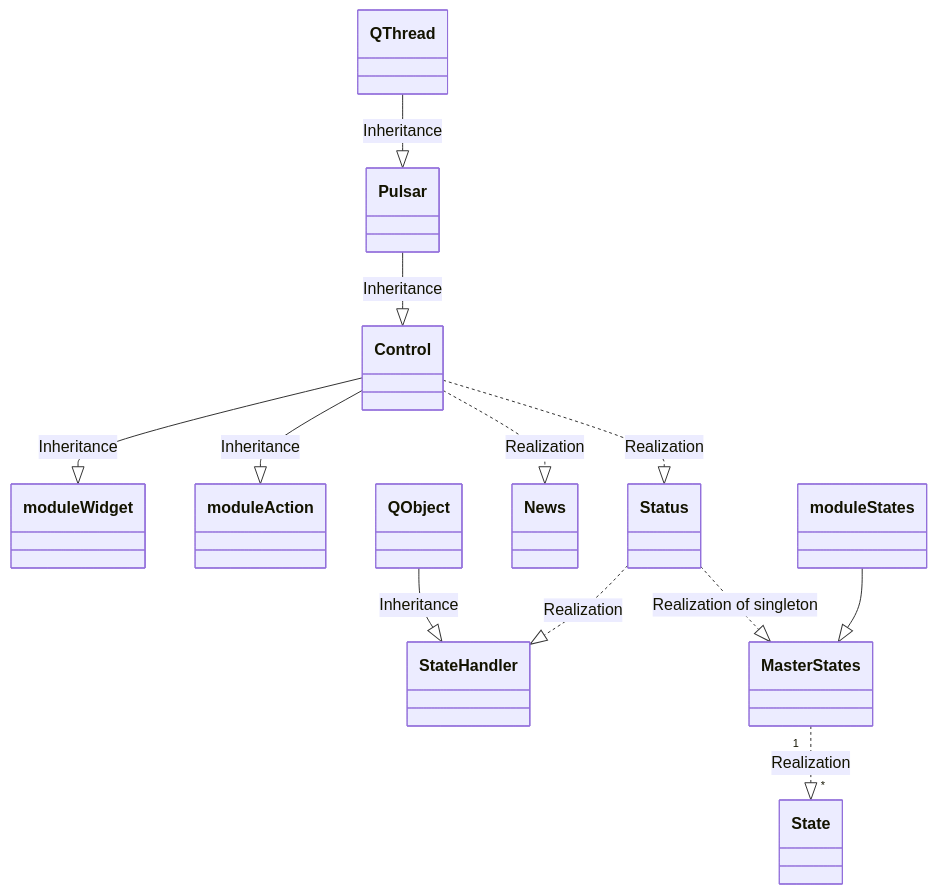
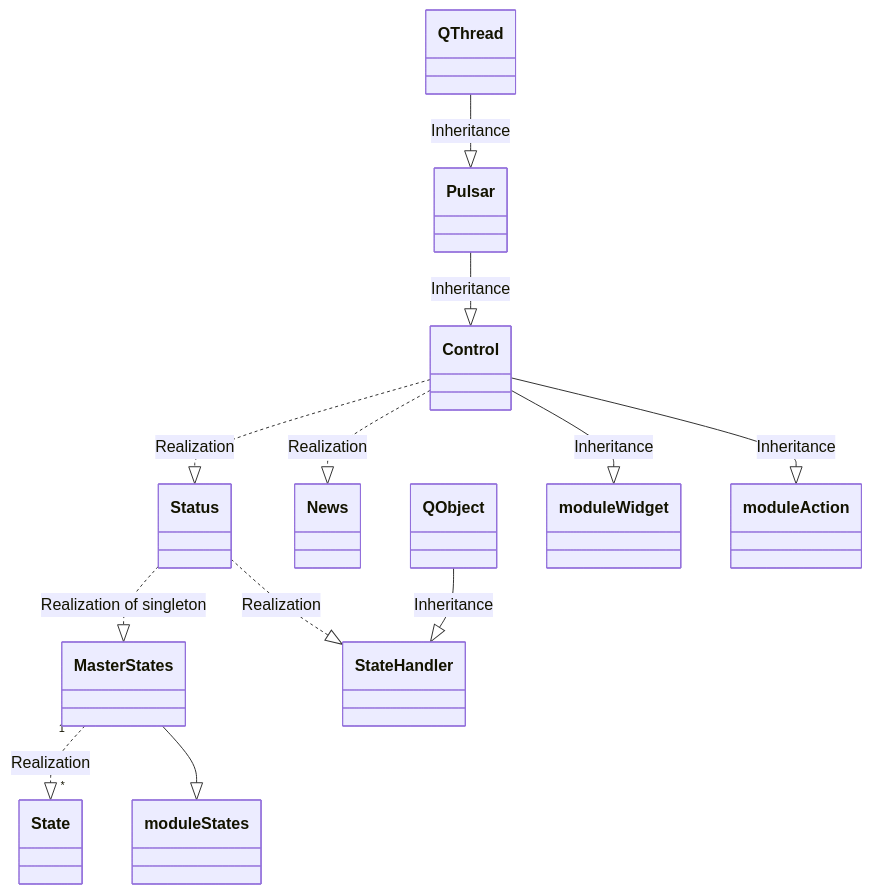
Before and after one commit to tud-hri/joan: the diagram in README.md, drawn with Mermaid.

Commit message:
README update

````diff
--- a/README.md
+++ b/README.md
@@ -32,26 +32,26 @@
 ```mermaid
     classDiagram
         class Status
         class News
         class State
         class MasterStates
         class StateHandler
         class Pulsar
         class QObject
         class QThread
         class moduleWidget
         class moduleAction
         class moduleStates
 
         MasterStates "1" ..|> "*" State : Realization
         Status ..|> MasterStates : Realization of singleton
         Status ..|> StateHandler : Realization
         QObject --|> StateHandler : Inheritance
         QThread --|> Pulsar : Inheritance
         Pulsar --|> Control : Inheritance
         Control ..|> Status : Realization
         Control ..|> News : Realization
         Control --|> moduleAction : Inheritance
         Control  --|> moduleWidget : Inheritance
-        moduleStates --|> MasterStates
+        MasterStates --|> moduleStates
 ```
````
